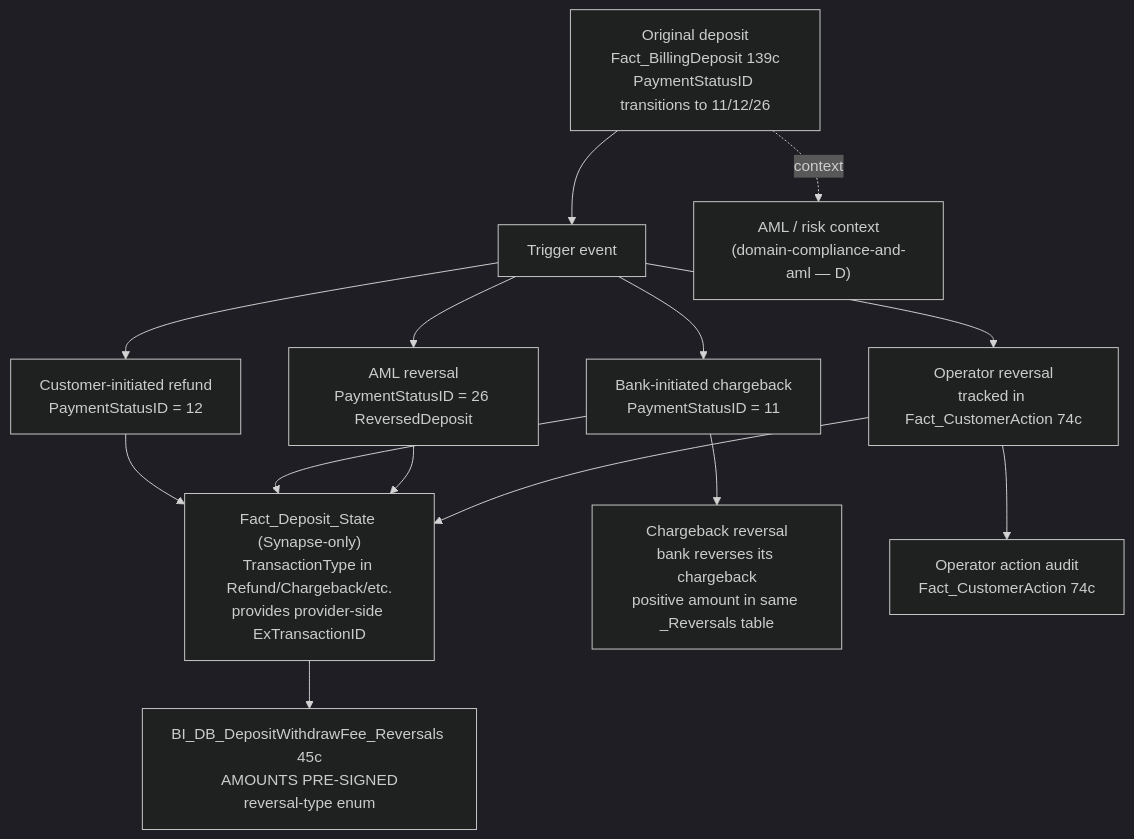
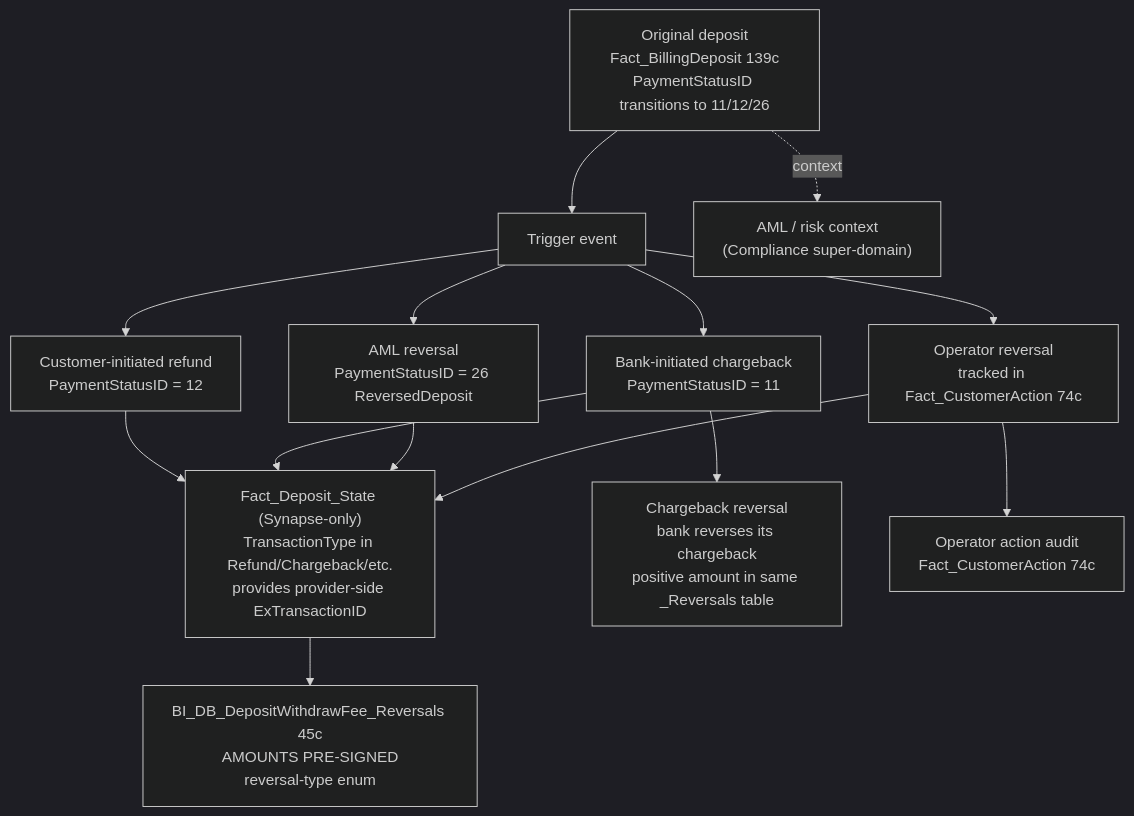
The diagram in knowledge/skills/domain-cross/refund-chargeback-chain.md (guyman-tr/Databricks_Knowledge), drawn with Mermaid (dark theme) before and after one commit. The commit also changed other lines of this file and 11 other files, not shown here.

````diff
--- a/knowledge/skills/domain-cross/refund-chargeback-chain.md
+++ b/knowledge/skills/domain-cross/refund-chargeback-chain.md
@@ -110,27 +109,27 @@
 ```mermaid
 graph TB
     Dep["Original deposit<br/>Fact_BillingDeposit 139c<br/>PaymentStatusID transitions to 11/12/26"]
     Trig["Trigger event"]
     Refund["Customer-initiated refund<br/>PaymentStatusID = 12"]
     Chargeback["Bank-initiated chargeback<br/>PaymentStatusID = 11"]
     AmlRev["AML reversal<br/>PaymentStatusID = 26 ReversedDeposit"]
     OpsRev["Operator reversal<br/>tracked in Fact_CustomerAction 74c"]
     StatePost["Fact_Deposit_State (Synapse-only)<br/>TransactionType in Refund/Chargeback/etc.<br/>provides provider-side ExTransactionID"]
     RevFee["BI_DB_DepositWithdrawFee_Reversals 45c<br/>AMOUNTS PRE-SIGNED<br/>reversal-type enum"]
     CB_Rev["Chargeback reversal<br/>bank reverses its chargeback<br/>positive amount in same _Reversals table"]
-    AmlCtx["AML / risk context<br/>(domain-compliance-and-aml — D)"]
+    AmlCtx["AML / risk context<br/>(Compliance super-domain)"]
     Action["Operator action audit<br/>Fact_CustomerAction 74c"]
 
     Dep --> Trig
     Trig --> Refund
     Trig --> Chargeback
     Trig --> AmlRev
     Trig --> OpsRev
     Refund --> StatePost --> RevFee
     Chargeback --> StatePost
     AmlRev --> StatePost
     OpsRev --> StatePost
     Chargeback --> CB_Rev
     Dep -.context.-> AmlCtx
     OpsRev --> Action
 ```
````
